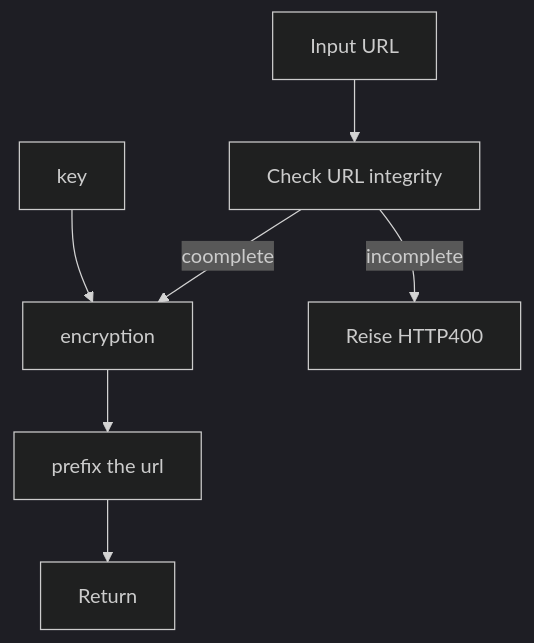
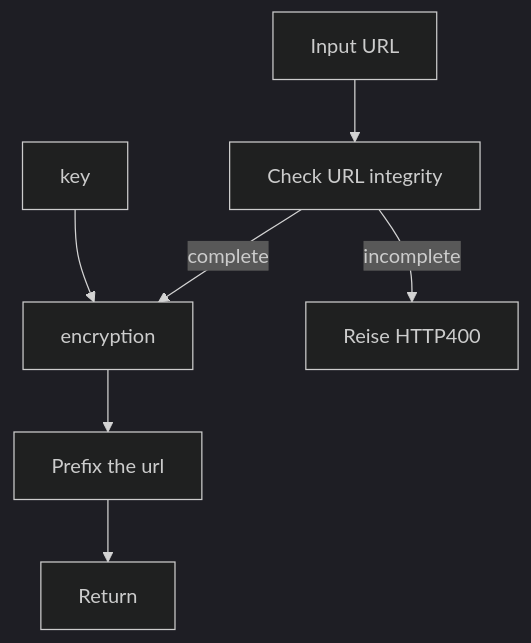
Before and after one commit to jhihyulin/LongURL: the first of 2 diagrams in README.md, drawn with Mermaid (dark theme). The commit also changed other lines of this file, not shown here.

````diff
--- a/README.md
+++ b/README.md
@@ -12,12 +12,12 @@
 ```mermaid
 graph TB
     A[Check URL integrity]
     B[Input URL]
     C[encryption]
     D[Reise HTTP400]
-    E[prefix the url]
+    E[Prefix the url]
     B --> A
     key --> C
-    A --> |coomplete| C --> E --> Return
+    A --> |complete| C --> E --> Return
     A --> |incomplete| D
 ```
````
